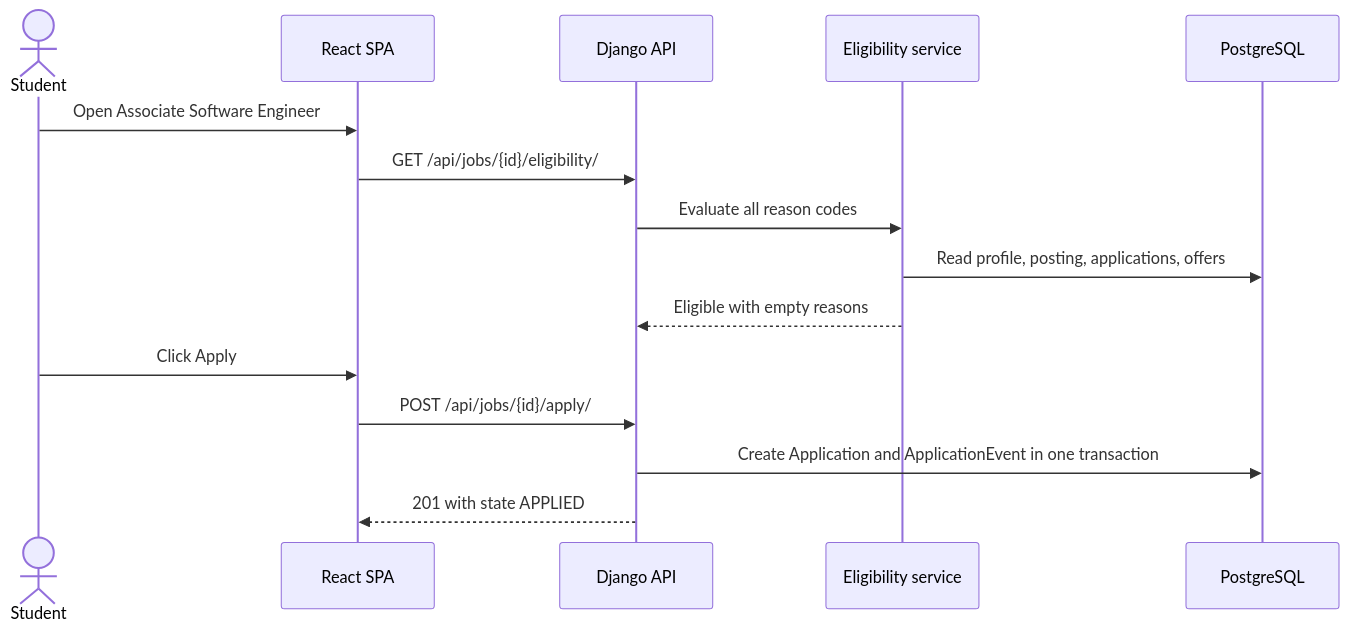
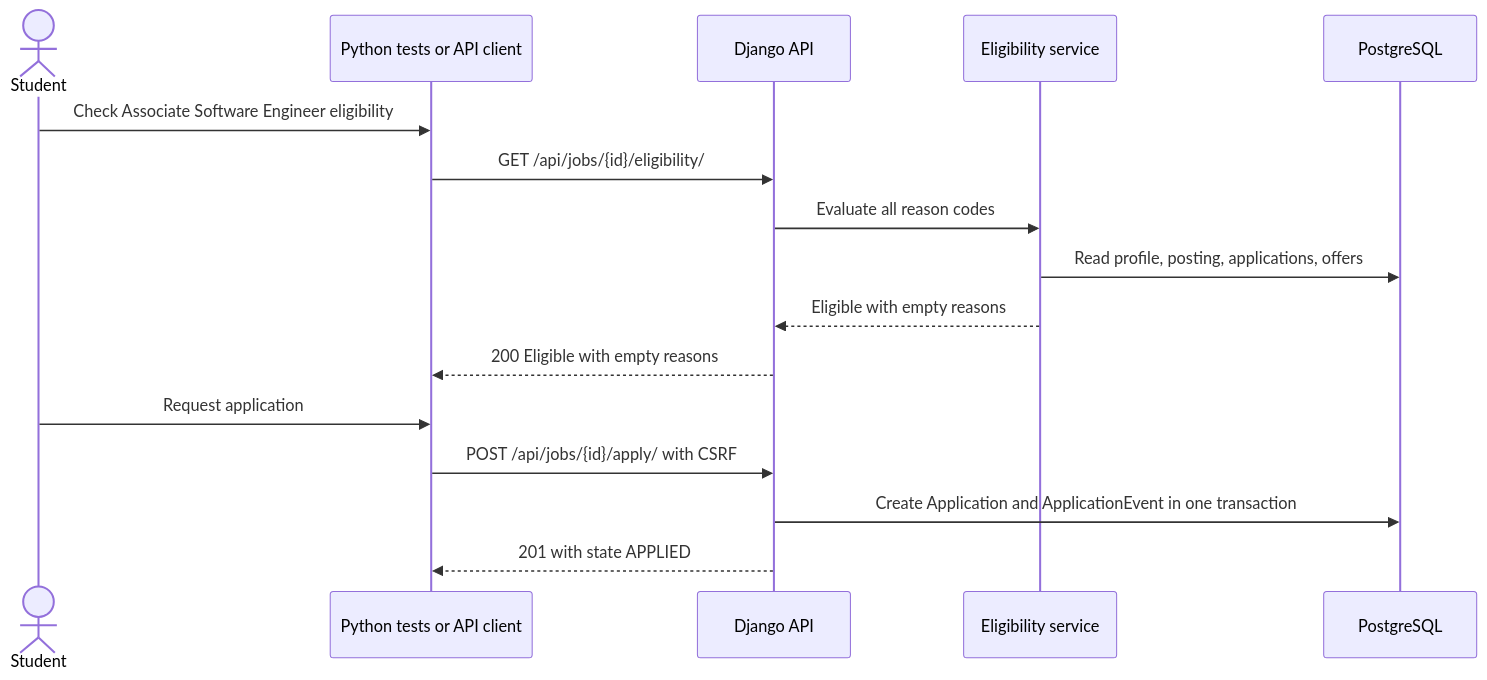
Before and after one commit to sukurcf/spec-campushire-placement-portal: the sixth of 7 diagrams in docs/05-system-architecture.md, drawn with Mermaid. The commit also changed other lines of this file and 14 other files, not shown here.

````diff
--- a/docs/05-system-architecture.md
+++ b/docs/05-system-architecture.md
@@ -117,17 +112,18 @@
 ```mermaid
 sequenceDiagram
     actor Student
-    participant SPA as React SPA
+    participant Client as Python tests or API client
     participant API as Django API
     participant Eligibility as Eligibility service
     participant DB as PostgreSQL
-    Student->>SPA: Open Associate Software Engineer
-    SPA->>API: GET /api/jobs/{id}/eligibility/
+    Student->>Client: Check Associate Software Engineer eligibility
+    Client->>API: GET /api/jobs/{id}/eligibility/
     API->>Eligibility: Evaluate all reason codes
     Eligibility->>DB: Read profile, posting, applications, offers
     Eligibility-->>API: Eligible with empty reasons
-    Student->>SPA: Click Apply
-    SPA->>API: POST /api/jobs/{id}/apply/
+    API-->>Client: 200 Eligible with empty reasons
+    Student->>Client: Request application
+    Client->>API: POST /api/jobs/{id}/apply/ with CSRF
     API->>DB: Create Application and ApplicationEvent in one transaction
-    API-->>SPA: 201 with state APPLIED
+    API-->>Client: 201 with state APPLIED
 ```
````
